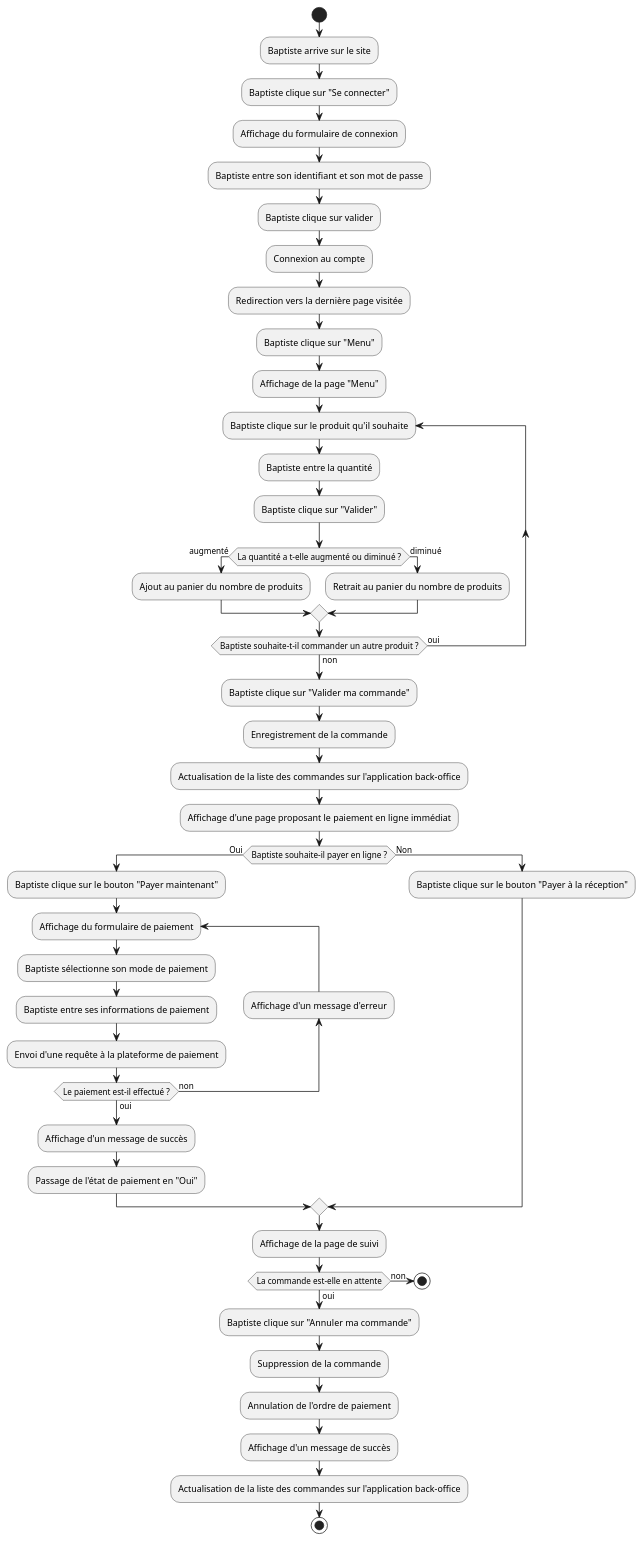
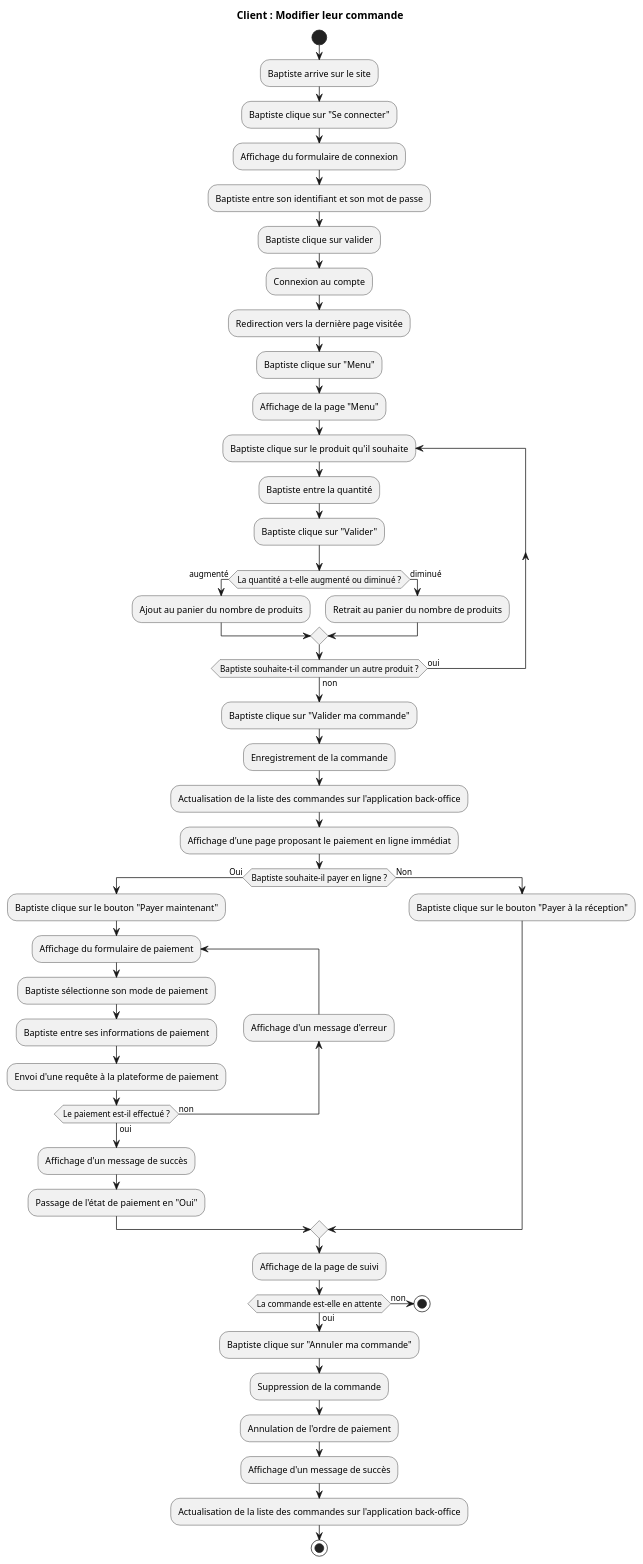
Before and after one commit to Gumpah/project_6: the diagram in diagrams/client_cancel_order.puml, drawn with PlantUML. The commit also changed 25 other files, not shown here.

Commit message:
Adding title to diagrams

```diff
--- a/diagrams/client_cancel_order.puml
+++ b/diagrams/client_cancel_order.puml
@@ -1,64 +1,66 @@
 @startuml
 'https://plantuml.com/activity-diagram-beta
+
+title Client : Modifier leur commande
 
 start
 
 :Baptiste arrive sur le site;
 :Baptiste clique sur "Se connecter";
 :Affichage du formulaire de connexion;
 :Baptiste entre son identifiant et son mot de passe;
 :Baptiste clique sur valider;
 :Connexion au compte;
 :Redirection vers la dernière page visitée;
 :Baptiste clique sur "Menu";
 :Affichage de la page "Menu";
 
 repeat :Baptiste clique sur le produit qu'il souhaite;
 
     :Baptiste entre la quantité;
     :Baptiste clique sur "Valider";
 
     if (La quantité a t-elle augmenté ou diminué ?) then (augmenté)
         :Ajout au panier du nombre de produits;
     else (diminué)
         :Retrait au panier du nombre de produits;
     endif
 
 repeat while (Baptiste souhaite-t-il commander un autre produit ?) is (oui) not (non)
 
 :Baptiste clique sur "Valider ma commande";
 :Enregistrement de la commande;
 :Actualisation de la liste des commandes sur l'application back-office;
 :Affichage d'une page proposant le paiement en ligne immédiat;
 
 if (Baptiste souhaite-il payer en ligne ?) then (Oui)
     :Baptiste clique sur le bouton "Payer maintenant";
 
     repeat :Affichage du formulaire de paiement;
         :Baptiste sélectionne son mode de paiement;
         :Baptiste entre ses informations de paiement;
         :Envoi d'une requête à la plateforme de paiement;
         backward:Affichage d'un message d'erreur;
     repeat while (Le paiement est-il effectué ?) is (non) not (oui)
 
     :Affichage d'un message de succès;
     :Passage de l'état de paiement en "Oui";
 else (Non)
     :Baptiste clique sur le bouton "Payer à la réception";
 endif
 
 :Affichage de la page de suivi;
 
 if (La commande est-elle en attente) then (non)
     stop
 else (oui)
     :Baptiste clique sur "Annuler ma commande";
     :Suppression de la commande;
     :Annulation de l'ordre de paiement;
     :Affichage d'un message de succès;
     :Actualisation de la liste des commandes sur l'application back-office;
 endif
 
 stop
 
 @enduml
```
